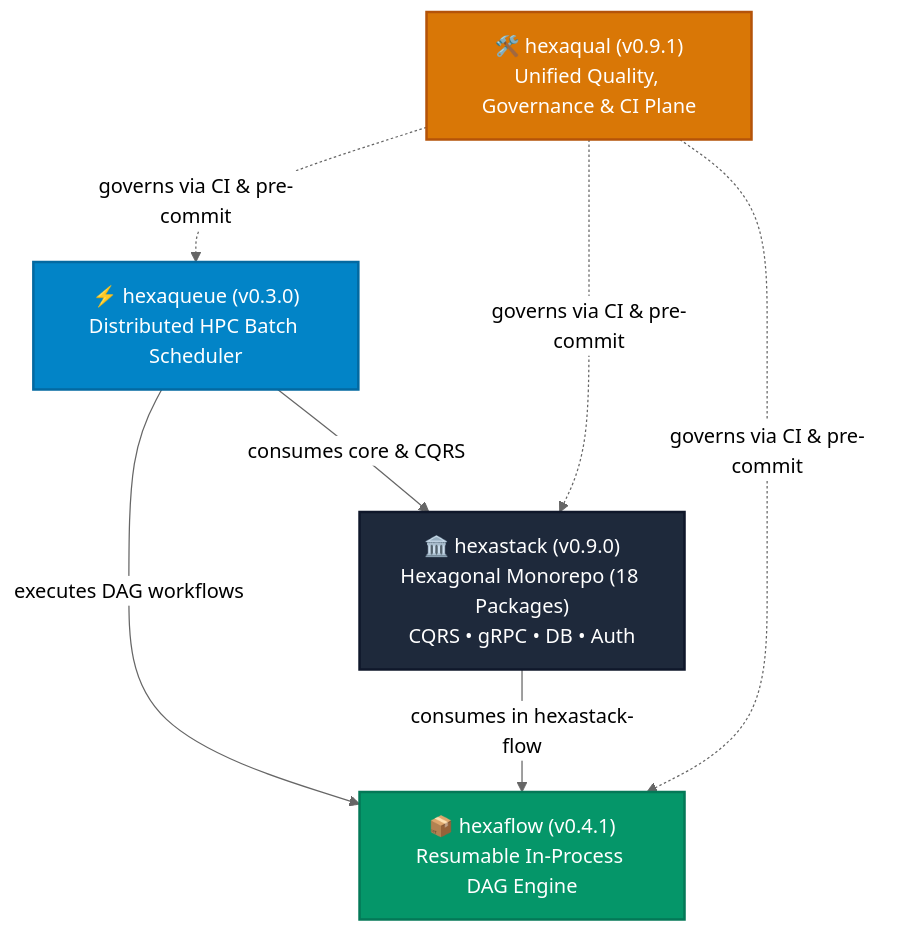
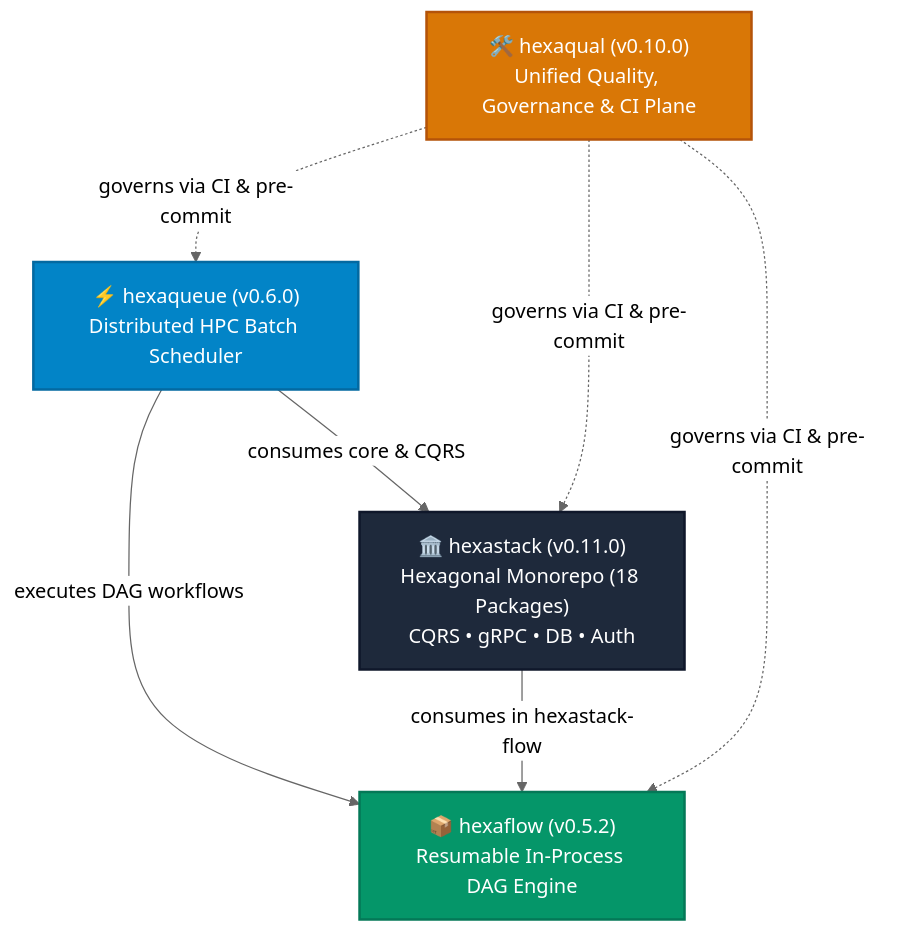
Before and after one commit to TheTrueSCU/hexastack: the first of 2 diagrams in docs/ecosystem.md, drawn with Mermaid (neutral theme). The commit also changed other lines of this file, not shown here.

Commit message:
docs(ecosystem): update unified architecture map with pytest-hexaqueue and hexastack-qual

````diff
--- a/docs/ecosystem.md
+++ b/docs/ecosystem.md
@@ -9,19 +9,19 @@
 ```mermaid
 graph TD
     classDef hq fill:#0284c7,stroke:#0369a1,stroke-width:2px,color:#ffffff;
     classDef hs fill:#1e293b,stroke:#0f172a,stroke-width:2px,color:#ffffff;
     classDef hf fill:#059669,stroke:#047857,stroke-width:2px,color:#ffffff;
     classDef hqual fill:#d97706,stroke:#b45309,stroke-width:2px,color:#ffffff;
 
-    HQ["⚡ hexaqueue (v0.3.0)<br/>Distributed HPC Batch Scheduler"]:::hq
-    HS["🏛️ hexastack (v0.9.0)<br/>Hexagonal Monorepo (18 Packages)<br/>CQRS • gRPC • DB • Auth"]:::hs
-    HF["📦 hexaflow (v0.4.1)<br/>Resumable In-Process DAG Engine"]:::hf
-    HQUAL["🛠️ hexaqual (v0.9.1)<br/>Unified Quality, Governance & CI Plane"]:::hqual
+    HQ["⚡ hexaqueue (v0.6.0)<br/>Distributed HPC Batch Scheduler"]:::hq
+    HS["🏛️ hexastack (v0.11.0)<br/>Hexagonal Monorepo (18 Packages)<br/>CQRS • gRPC • DB • Auth"]:::hs
+    HF["📦 hexaflow (v0.5.2)<br/>Resumable In-Process DAG Engine"]:::hf
+    HQUAL["🛠️ hexaqual (v0.10.0)<br/>Unified Quality, Governance & CI Plane"]:::hqual
 
     HQ -->|"consumes core & CQRS"| HS
     HQ -->|"executes DAG workflows"| HF
     HS -->|"consumes in hexastack-flow"| HF
     HQUAL -. "governs via CI & pre-commit" .-> HQ
     HQUAL -. "governs via CI & pre-commit" .-> HS
     HQUAL -. "governs via CI & pre-commit" .-> HF
 ```
````
